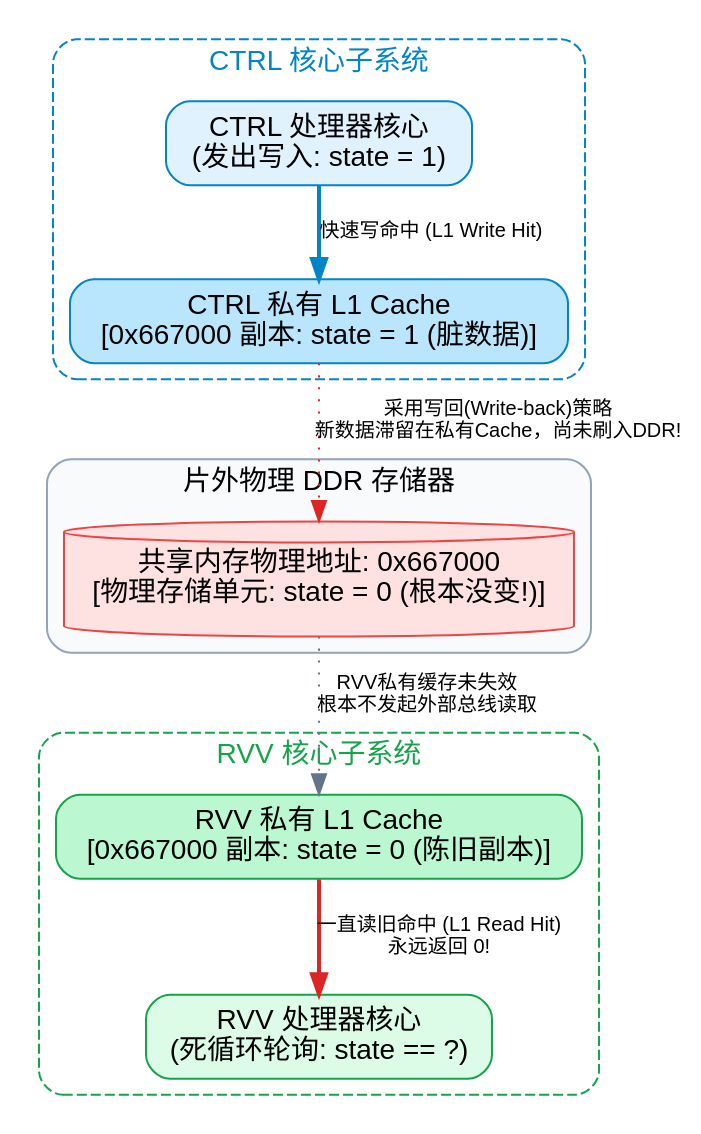
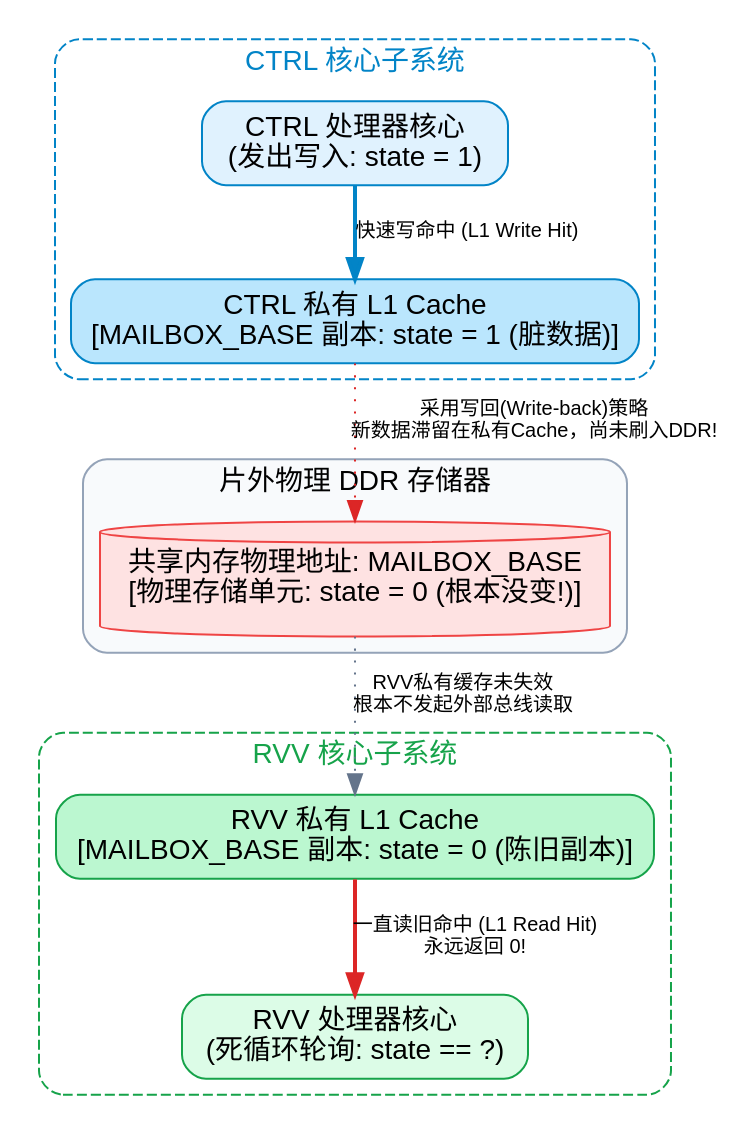
One commit to hqu-little-boy/blog changed the fourth of 12 diagrams in src/content/posts/heterogeneous-dual-core-communication-cache-coherence-and-mmio-guide.md. Above: the diagram before and after it, drawn with Graphviz. The commit also changed other lines of this file, not shown here.

````diff
--- a/src/content/posts/heterogeneous-dual-core-communication-cache-coherence-and-mmio-guide.md
+++ b/src/content/posts/heterogeneous-dual-core-communication-cache-coherence-and-mmio-guide.md
@@ -169,40 +169,40 @@
 ```dot
 digraph cache_incoherence {
     rankdir=TB;
     compound=true;
     fontname="sans-serif";
     node [shape=box, style="filled,rounded", fontname="sans-serif", margin="0.15,0.08"];
     edge [fontname="sans-serif", fontsize=10];
 
     subgraph cluster_ctrl {
         label = "CTRL 核心子系统";
         style = "dashed,rounded";
         color = "#0284c7";
         fontcolor = "#0284c7";
         CTRL_CORE [label="CTRL 处理器核心\n(发出写入: state = 1)", fillcolor="#e0f2fe", color="#0284c7"];
-        CTRL_CACHE [label="CTRL 私有 L1 Cache\n[0x667000 副本: state = 1 (脏数据)]", fillcolor="#bae6fd", color="#0284c7"];
+        CTRL_CACHE [label="CTRL 私有 L1 Cache\n[MAILBOX_BASE 副本: state = 1 (脏数据)]", fillcolor="#bae6fd", color="#0284c7"];
         CTRL_CORE -> CTRL_CACHE [label="快速写命中 (L1 Write Hit)", color="#0284c7", penwidth=2];
     }
 
     subgraph cluster_rvv {
         label = "RVV 核心子系统";
         style = "dashed,rounded";
         color = "#16a34a";
         fontcolor = "#16a34a";
         RVV_CORE [label="RVV 处理器核心\n(死循环轮询: state == ?)", fillcolor="#dcfce7", color="#16a34a"];
-        RVV_CACHE [label="RVV 私有 L1 Cache\n[0x667000 副本: state = 0 (陈旧副本)]", fillcolor="#bbf7d0", color="#16a34a"];
+        RVV_CACHE [label="RVV 私有 L1 Cache\n[MAILBOX_BASE 副本: state = 0 (陈旧副本)]", fillcolor="#bbf7d0", color="#16a34a"];
         RVV_CACHE -> RVV_CORE [label="一直读旧命中 (L1 Read Hit)\n永远返回 0!", color="#dc2626", penwidth=2];
     }
 
     subgraph cluster_ddr {
         label = "片外物理 DDR 存储器";
         style = "filled,rounded";
         color = "#94a3b8";
         fillcolor = "#f8fafc";
-        DDR_MEM [label="共享内存物理地址: 0x667000\n[物理存储单元: state = 0 (根本没变!)]", fillcolor="#fee2e2", color="#ef4444", shape=cylinder];
+        DDR_MEM [label="共享内存物理地址: MAILBOX_BASE\n[物理存储单元: state = 0 (根本没变!)]", fillcolor="#fee2e2", color="#ef4444", shape=cylinder];
     }
 
     CTRL_CACHE -> DDR_MEM [style="dotted", color="#dc2626", label="采用写回(Write-back)策略\n新数据滞留在私有Cache，尚未刷入DDR!"];
     DDR_MEM -> RVV_CACHE [style="dotted", color="#64748b", label="RVV私有缓存未失效\n根本不发起外部总线读取"];
 }
 ```
````
